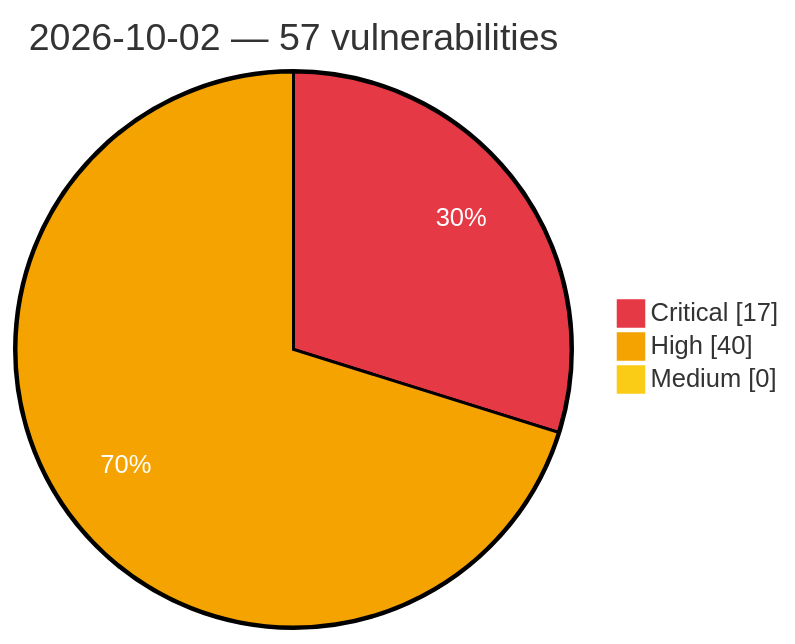
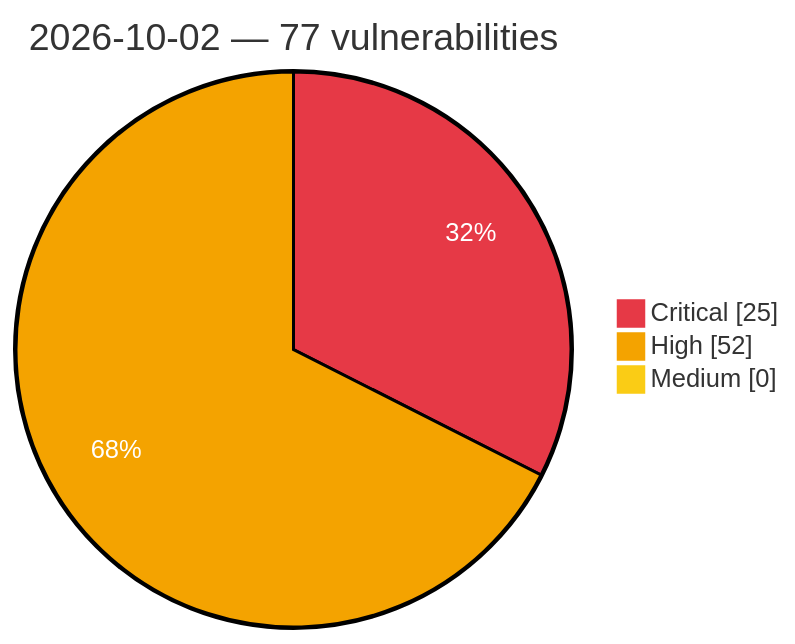
Before and after one commit to GhostX0X/vuln-tracker: the diagram in vulnerabilities/2026/October/2026-10-02.md, drawn with Mermaid. The commit also changed other lines of this file and 5 other files, not shown here.

Commit message:
Auto update: critical/high vulns (2026-10-02 22:13 UTC)

````diff
--- a/vulnerabilities/2026/October/2026-10-02.md
+++ b/vulnerabilities/2026/October/2026-10-02.md
@@ -3,8 +3,8 @@
 ```mermaid
 %%{init: {'theme':'base', 'themeVariables': {'pie1':'#e63946', 'pie2':'#f4a300', 'pie3':'#facc15', 'pieOpacity':'1', 'pieOuterStrokeWidth':'2px', 'pieSectionTextColor':'#ffffff'}}}%%
 pie showData
-    title 2026-10-02 — 57 vulnerabilities
-    "Critical" : 17
-    "High" : 40
+    title 2026-10-02 — 77 vulnerabilities
+    "Critical" : 25
+    "High" : 52
     "Medium" : 0
 ```
````
